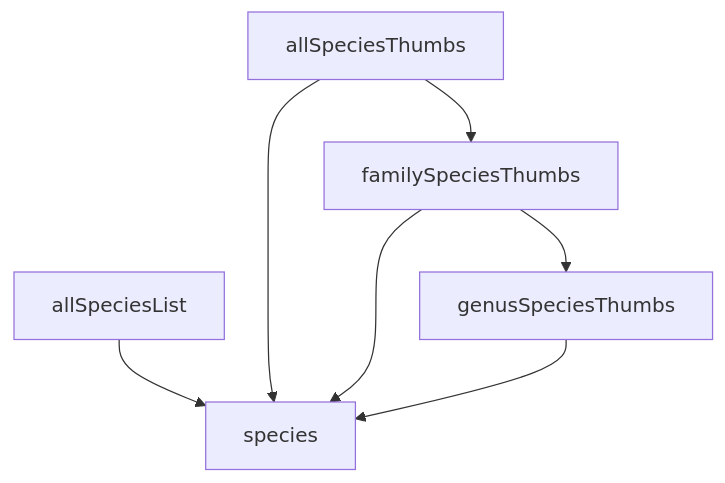
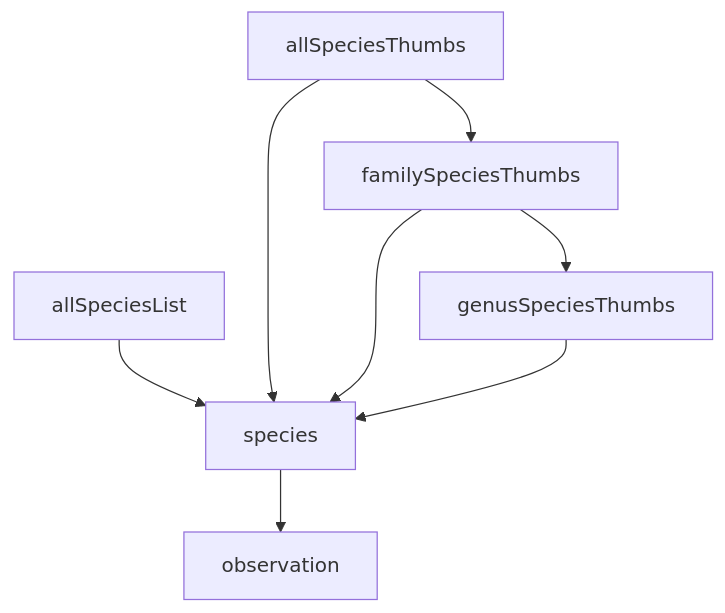
Before and after one commit to mpfl/nudis: the diagram in design/site-layout.md, drawn with Mermaid. The commit also changed other lines of this file and 4 other files, not shown here.

````diff
--- a/design/site-layout.md
+++ b/design/site-layout.md
@@ -3,9 +3,10 @@
 ```mermaid
     graph TD;
         allSpeciesList-->species;
         allSpeciesThumbs-->familySpeciesThumbs;
         allSpeciesThumbs-->species;
         familySpeciesThumbs-->species;
         familySpeciesThumbs-->genusSpeciesThumbs;
         genusSpeciesThumbs-->species;
+        species-->observation;
 ```
````
